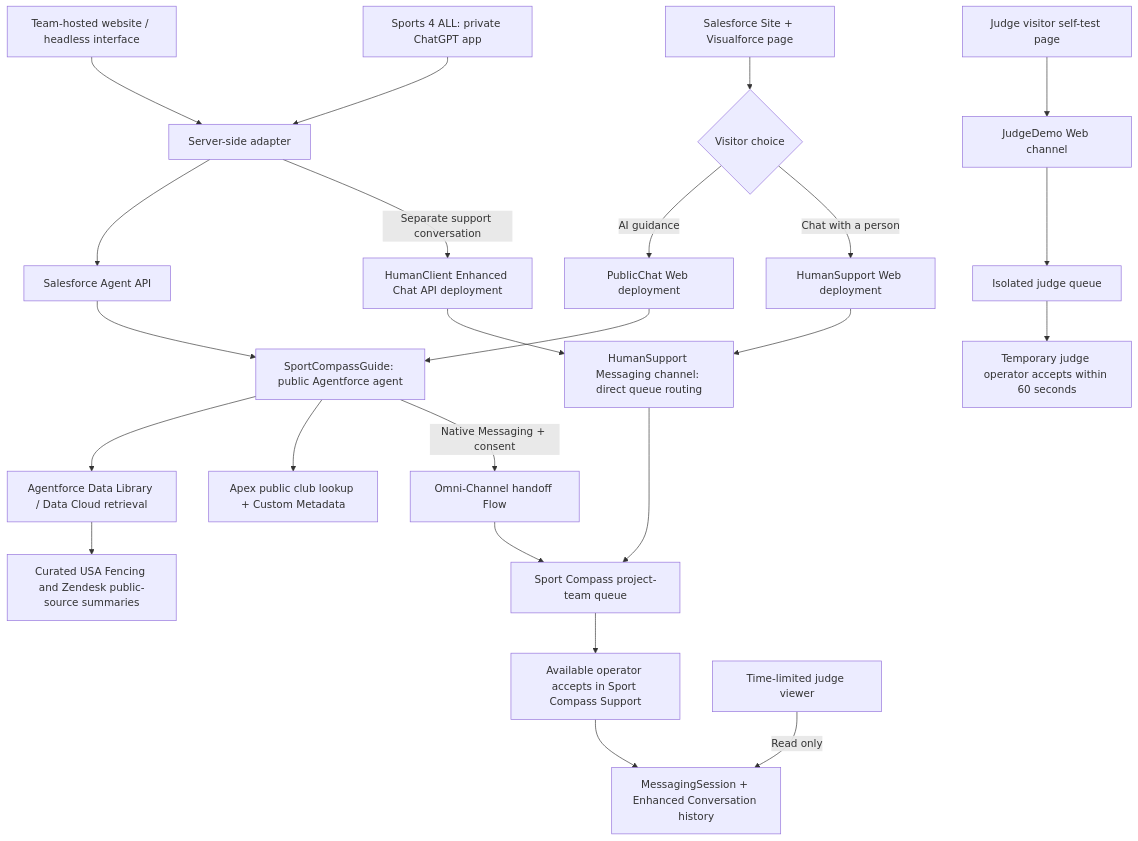
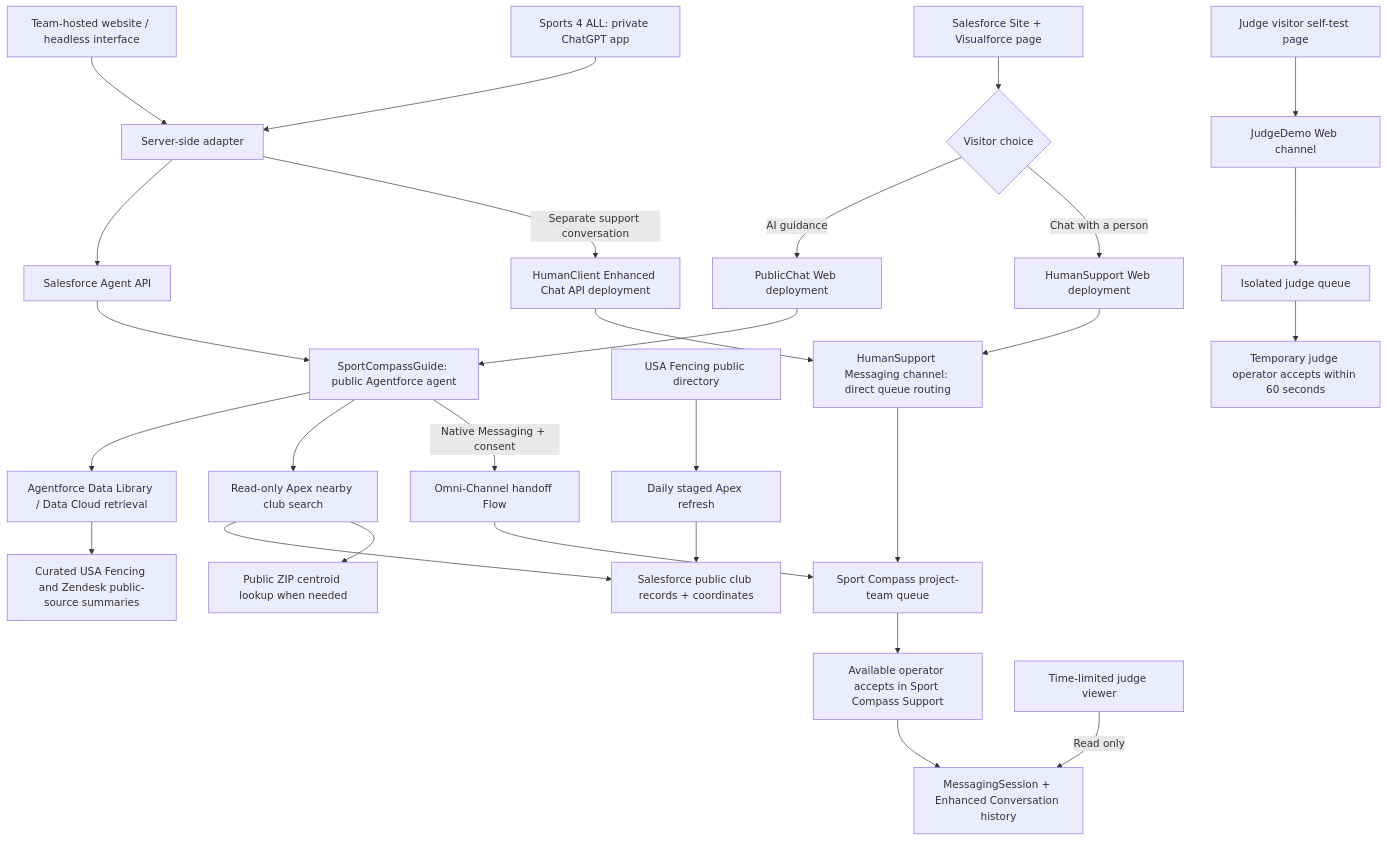
Before and after one commit to gpallavi704/sports-for-all-agentforce: the diagram in README.md, drawn with Mermaid. The commit also changed other lines of this file and 42 other files, not shown here.

Commit message:
Add Salesforce club directory sync and radius search

````diff
--- a/README.md
+++ b/README.md
@@ -118,26 +133,30 @@
 ```mermaid
 flowchart TD
     Web["Team-hosted website / headless interface"] --> Backend["Server-side adapter"]
     PrivateApp["Sports 4 ALL: private ChatGPT app"] --> Backend
     Backend --> API["Salesforce Agent API"]
     API --> Guide["SportCompassGuide: public Agentforce agent"]
     Public["Salesforce Site + Visualforce page"] --> Choice{"Visitor choice"}
     Choice -->|"AI guidance"| AIWeb["PublicChat Web deployment"]
     AIWeb --> Guide
     Guide --> Knowledge["Agentforce Data Library / Data Cloud retrieval"]
     Knowledge --> Sources["Curated USA Fencing and Zendesk public-source summaries"]
-    Guide --> Lookup["Apex public club lookup + Custom Metadata"]
+    Guide --> Lookup["Read-only Apex nearby club search"]
+    Lookup --> ClubData["Salesforce public club records + coordinates"]
+    Directory["USA Fencing public directory"] --> Refresh["Daily staged Apex refresh"]
+    Refresh --> ClubData
+    Lookup --> ZIP["Public ZIP centroid lookup when needed"]
     Guide -->|"Native Messaging + consent"| Flow["Omni-Channel handoff Flow"]
     Flow --> Queue["Sport Compass project-team queue"]
     Choice -->|"Chat with a person"| HumanWeb["HumanSupport Web deployment"]
     HumanWeb --> HumanChannel["HumanSupport Messaging channel: direct queue routing"]
     Backend -->|"Separate support conversation"| HumanAPI["HumanClient Enhanced Chat API deployment"]
     HumanAPI --> HumanChannel
     HumanChannel --> Queue
     Queue --> Operator["Available operator accepts in Sport Compass Support"]
     Operator --> Records["MessagingSession + Enhanced Conversation history"]
     Judge["Time-limited judge viewer"] -->|"Read only"| Records
     JudgeVisitor["Judge visitor self-test page"] --> JudgeChannel["JudgeDemo Web channel"]
     JudgeChannel --> JudgeQueue["Isolated judge queue"]
     JudgeQueue --> JudgeOperator["Temporary judge operator accepts within 60 seconds"]
 ```
````
